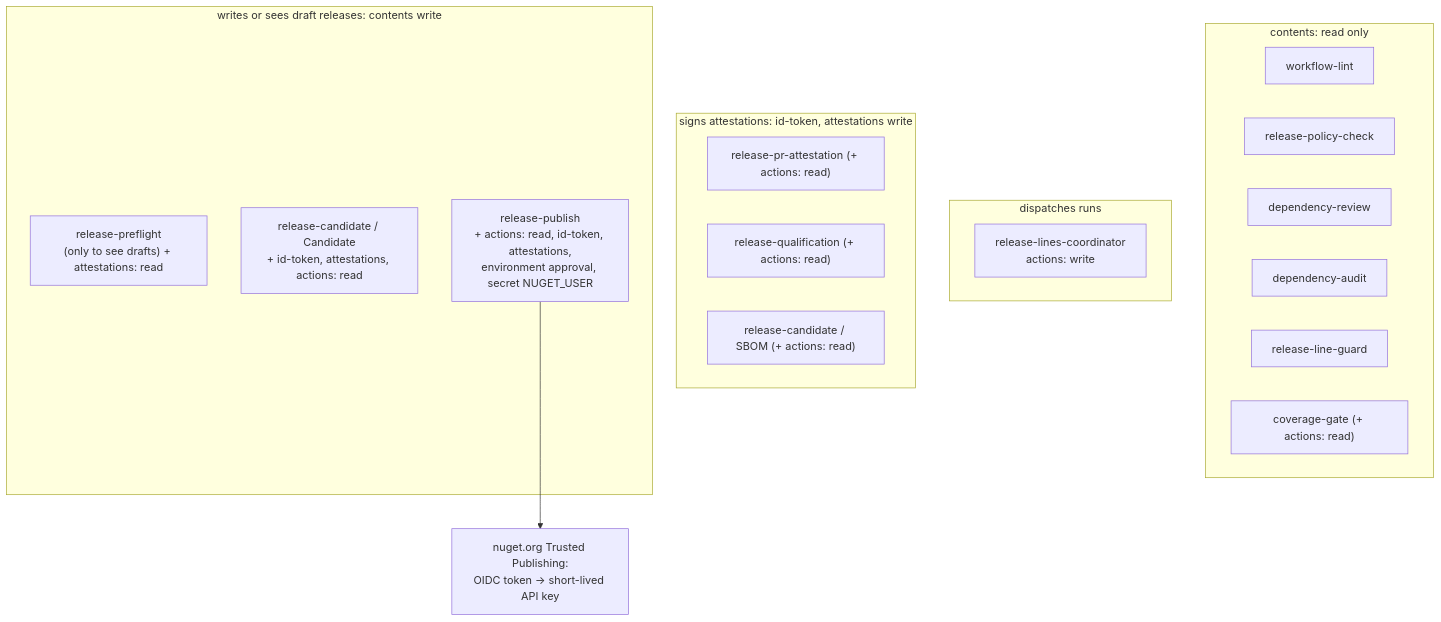
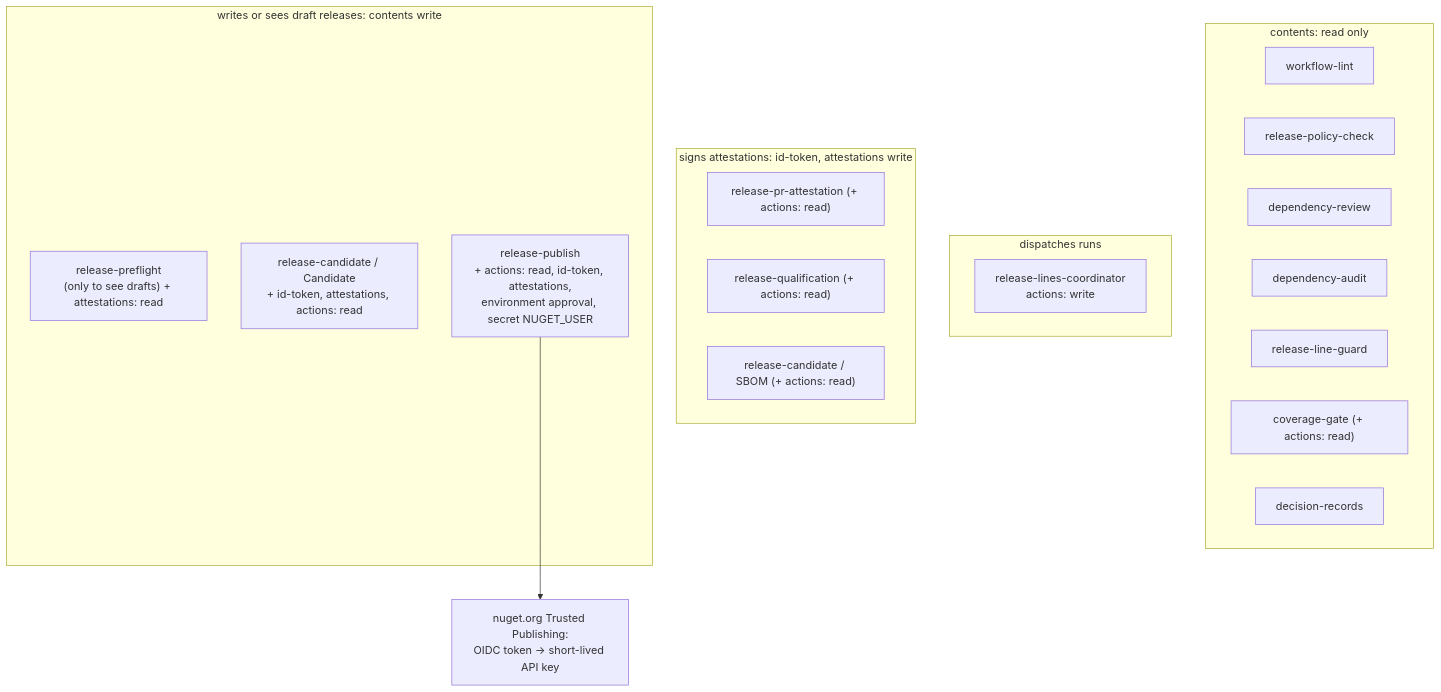
One commit to doka-labs/workflows changed diagram 15 of 19 in docs/overview.md. Above: the diagram before and after it, drawn with Mermaid. The commit also changed other lines of this file and 3 other files, not shown here.

First line of the commit message:
feat(decision-records): hold decision records to the Doka profile (#10)

````diff
--- a/docs/overview.md
+++ b/docs/overview.md
@@ -382,25 +385,26 @@
 ```mermaid
 flowchart TB
   subgraph read["contents: read only"]
     r1["workflow-lint"]
     r2["release-policy-check"]
     r3["dependency-review"]
     r4["dependency-audit"]
     r5["release-line-guard"]
     r6["coverage-gate (+ actions: read)"]
+    r7["decision-records"]
   end
   subgraph dispatch["dispatches runs"]
     d1["release-lines-coordinator<br/>actions: write"]
   end
   subgraph attest["signs attestations: id-token, attestations write"]
     a1["release-pr-attestation (+ actions: read)"]
     a2["release-qualification (+ actions: read)"]
     a3["release-candidate / SBOM (+ actions: read)"]
   end
   subgraph releases["writes or sees draft releases: contents write"]
     w1["release-preflight<br/>(only to see drafts) + attestations: read"]
     w2["release-candidate / Candidate<br/>+ id-token, attestations, actions: read"]
     w3["release-publish<br/>+ actions: read, id-token, attestations,<br/>environment approval, secret NUGET_USER"]
   end
   w3 --> nuget["nuget.org Trusted Publishing:<br/>OIDC token -> short-lived API key"]
 ```
````
